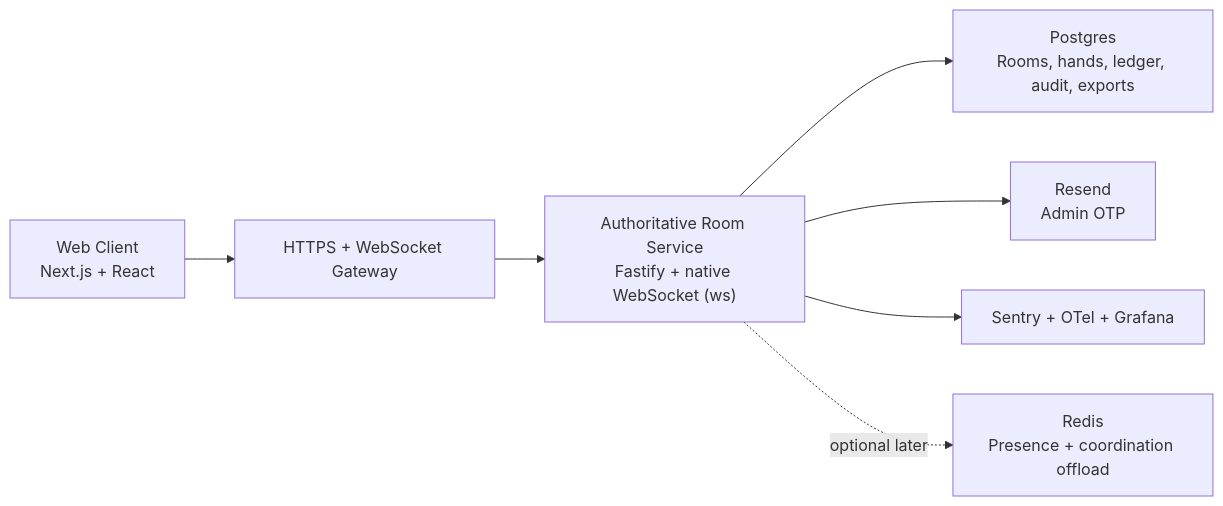
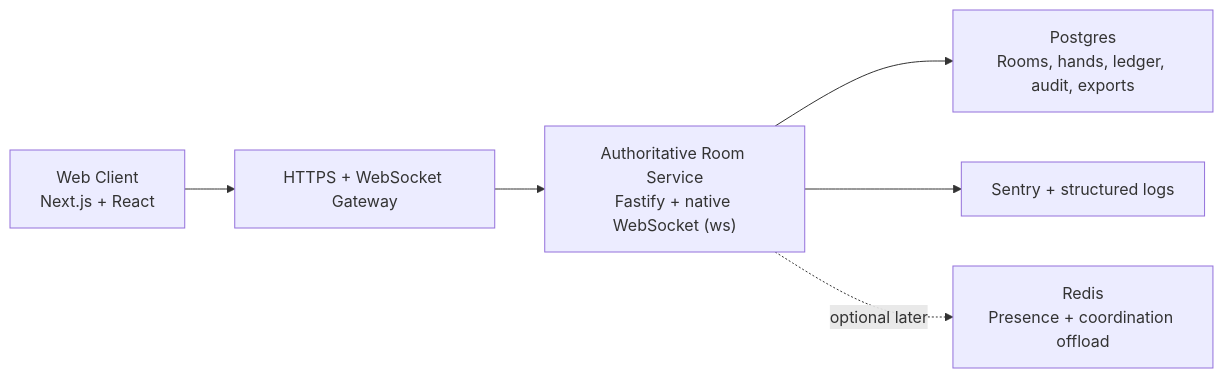
One commit to tyagishubham177/PotLuck changed the diagram in docs/02-architecture/system-overview.md. Above: the diagram before and after it, drawn with Mermaid. The commit also changed other lines of this file and 28 other files, not shown here.

Commit message:
docs: align v1 scope and settle-up flows

````diff
--- a/docs/02-architecture/system-overview.md
+++ b/docs/02-architecture/system-overview.md
@@ -10,9 +10,8 @@
 ```mermaid
 flowchart LR
   Browser["Web Client\nNext.js + React"] --> Edge["HTTPS + WebSocket Gateway"]
   Edge --> Server["Authoritative Room Service\nFastify + native WebSocket (ws)"]
   Server --> Postgres["Postgres\nRooms, hands, ledger, audit, exports"]
-  Server --> Mail["Resend\nAdmin OTP"]
-  Server --> Obs["Sentry + OTel + Grafana"]
+  Server --> Obs["Sentry + structured logs"]
   Server -. optional later .-> Redis["Redis\nPresence + coordination offload"]
 ```
````
